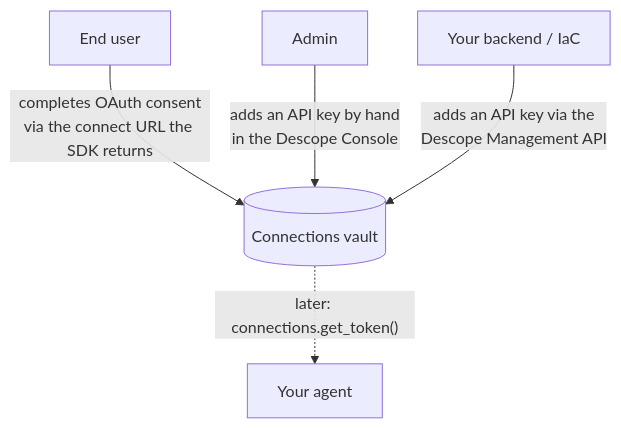
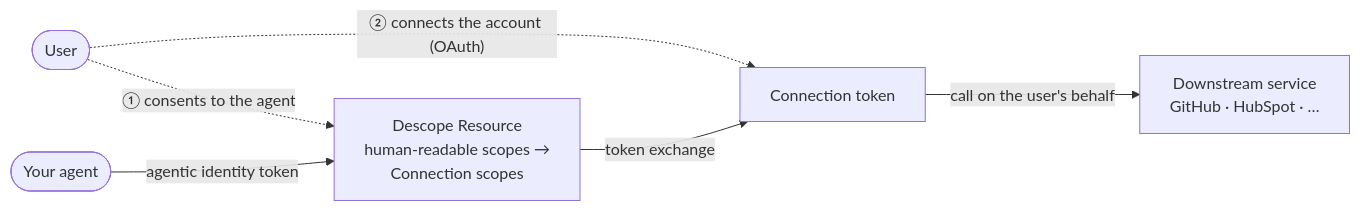
The second of 3 diagrams in README.md (descope/descope-agent-auth), drawn with Mermaid before and after one commit. The commit also changed other lines of this file and 6 other files, not shown here.

First line of the commit message:
docs: tighten all docs; add agent-consent-model section; fix Console path + stale provider (#31)

````diff
--- a/README.md
+++ b/README.md
@@ -150,7 +139,8 @@
 ```mermaid
-flowchart TD
-    User["End user"] -->|"completes OAuth consent<br/>via the connect URL the SDK returns"| Vault[("Connections vault")]
-    Admin["Admin"] -->|"adds an API key by hand<br/>in the Descope Console"| Vault
-    Backend["Your backend / IaC"] -->|"adds an API key via the<br/>Descope Management API"| Vault
-    Vault -.->|"later: connections.get_token()"| Agent["Your agent"]
+flowchart LR
+    User(["User"]) -.->|"① consents to the agent"| Resource
+    User -.->|"② connects the account (OAuth)"| Conn
+    Agent(["Your agent"]) -->|"agentic identity token"| Resource["Descope Resource<br/>human-readable scopes →<br/>Connection scopes"]
+    Resource -->|"token exchange"| Conn["Connection token"]
+    Conn -->|"call on the user's behalf"| Svc["Downstream service<br/>GitHub · HubSpot · …"]
 ```
````
